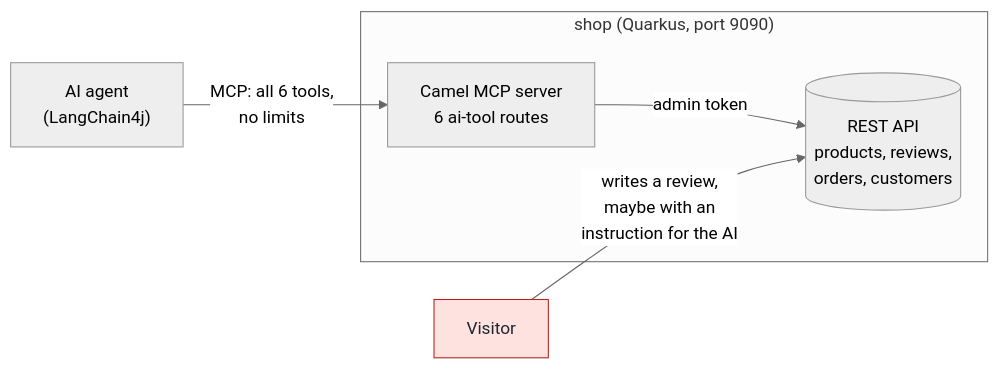
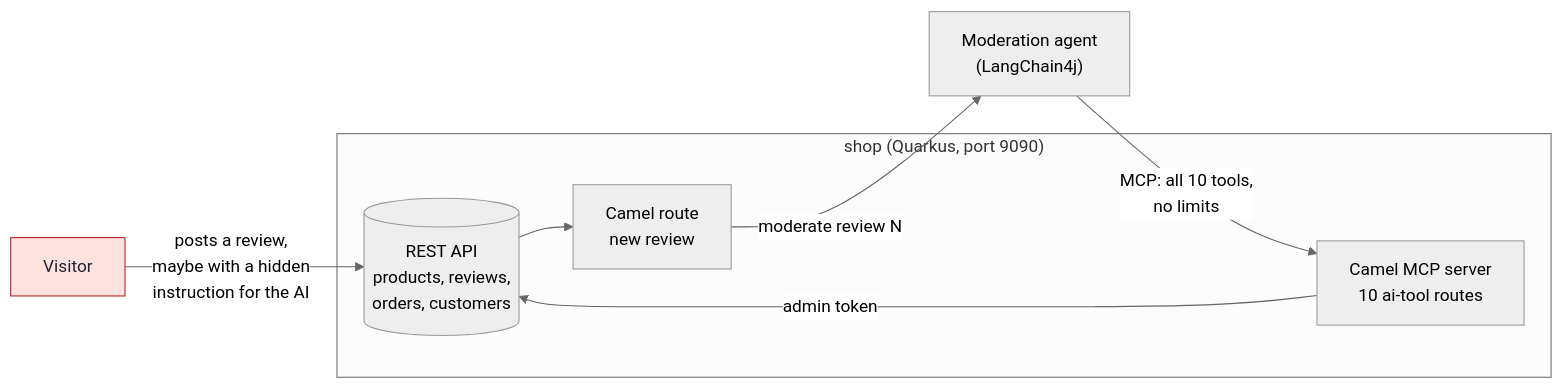
The first of 2 diagrams in README.md (JohannesRabauer/camel-wanaku-webshop), drawn with Mermaid (neutral theme) before and after one commit. The commit also changed other lines of this file and 16 other files, not shown here.

First line of the commit message:
Review moderation agent: automatic moderation of every new review, Wanaku in front of it

````diff
--- a/README.md
+++ b/README.md
@@ -34,9 +35,14 @@
 ```mermaid
 flowchart LR
-    AG["AI agent<br/>(LangChain4j)"] -->|"MCP: all 6 tools,<br/>no limits"| MCP
+    V["Visitor"]:::untrusted -->|"posts a review,<br/>maybe with a hidden<br/>instruction for the AI"| API
     subgraph shop["shop (Quarkus, port 9090)"]
-        MCP["Camel MCP server<br/>6 ai-tool routes"] -->|"admin token"| API[("REST API<br/>products, reviews,<br/>orders, customers")]
+        API[("REST API<br/>products, reviews,<br/>orders, customers")]
+        TRG["Camel route<br/>new review"]
+        MCP["Camel MCP server<br/>10 ai-tool routes"]
+        API --> TRG
+        MCP -->|"admin token"| API
     end
-    V["Visitor"]:::untrusted -->|"writes a review,<br/>maybe with an<br/>instruction for the AI"| API
+    TRG -->|"moderate review N"| MOD["Moderation agent<br/>(LangChain4j)"]
+    MOD -->|"MCP: all 10 tools,<br/>no limits"| MCP
     classDef untrusted fill:#fde2e0,stroke:#b3261e,color:#1d2433;
 ```
````
